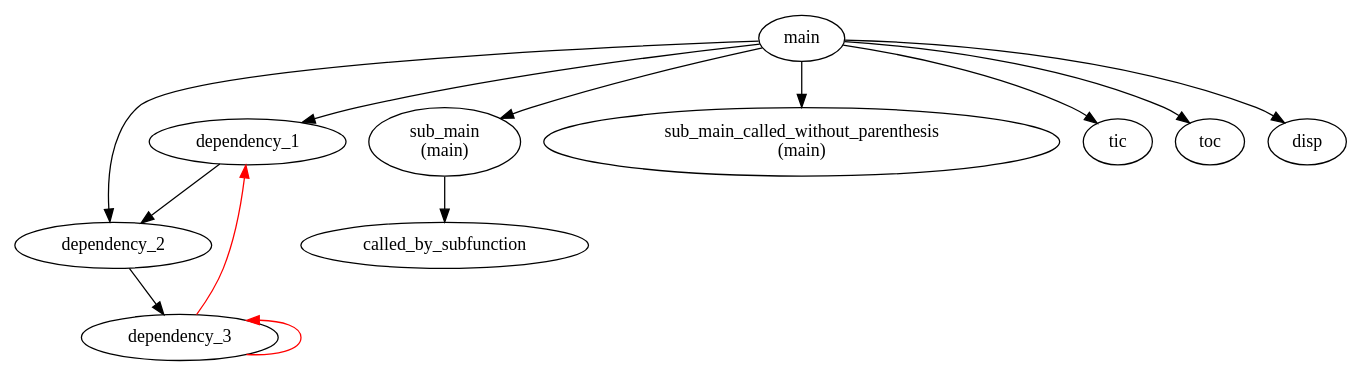
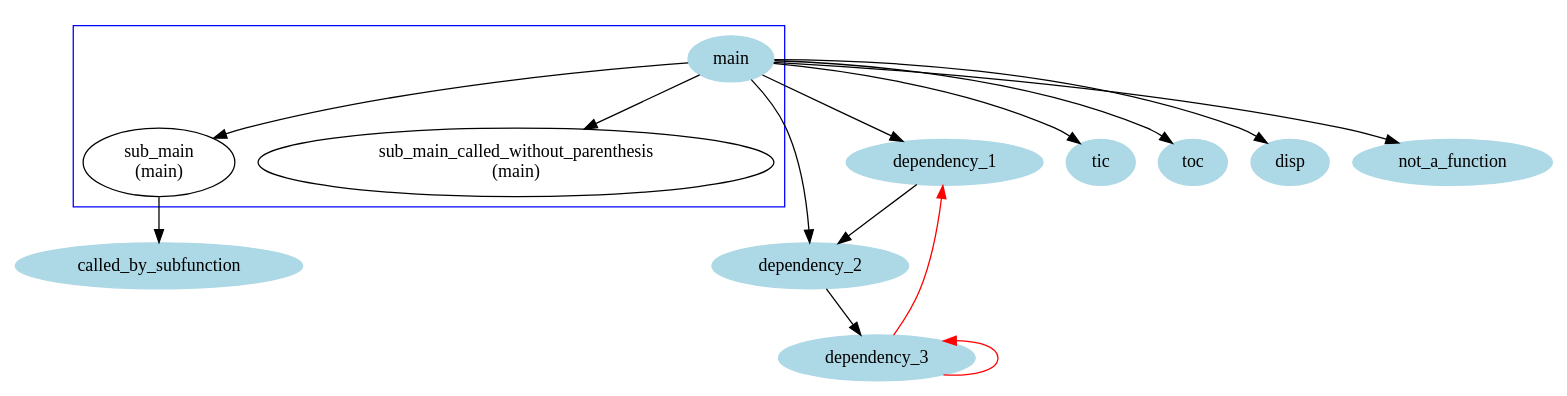
The diagram in readme_figures/readme_fig5.dot (KaeroDot/mDepGen), drawn with Graphviz before and after one commit. The commit also changed 23 other files, not shown here.

```diff
--- a/readme_figures/readme_fig5.dot
+++ b/readme_figures/readme_fig5.dot
@@ -1,16 +1,36 @@
 /* Generated by mDepGen */
 digraph dep {
 node [shape = oval];
+/* start of shape definitions */
+"main" [color=lightblue, style=filled];
+"dependency_1" [color=lightblue, style=filled];
+"dependency_2" [color=lightblue, style=filled];
+"dependency_3" [color=lightblue, style=filled];
+"called_by_subfunction" [color=lightblue, style=filled];
+"tic" [color=lightblue, style=filled];
+"toc" [color=lightblue, style=filled];
+"disp" [color=lightblue, style=filled];
+"not_a_function" [color=lightblue, style=filled];
+/* end of shape definitions */
+/* start of subgraph definitions */
+subgraph cluster005 {
+color=blue;
+    "main";
+    "sub_main\n (main)";
+    "sub_main_called_without_parenthesis\n (main)";
+}
+/* end of subgraph definitions */
 "main" -> "dependency_1" ;
 "dependency_1" -> "dependency_2" ;
 "dependency_2" -> "dependency_3" ;
 "dependency_3" -> "dependency_1"  [color=red];
 "dependency_3" -> "dependency_3"  [color=red dir=back];
 "main" -> "dependency_2" ;
 "main" -> "sub_main\n (main)" ;
 "sub_main\n (main)" -> "called_by_subfunction" ;
 "main" -> "sub_main_called_without_parenthesis\n (main)" ;
 "main" -> "tic" ;
 "main" -> "toc" ;
 "main" -> "disp" ;
+"main" -> "not_a_function" ;
 }
```
